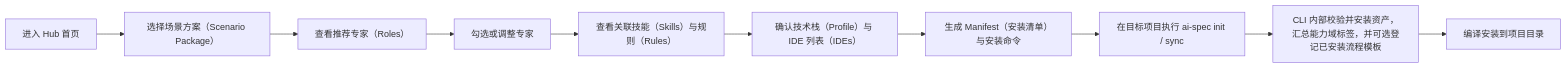
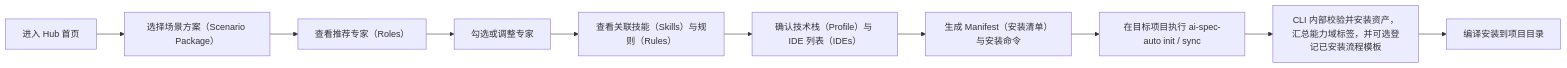
Before and after one commit to Colouful/br-ai-spec: the second of 3 diagrams in docs/paser_two/Hub平台融合与OpenClaw对接方案.md, drawn with Mermaid. The commit also changed other lines of this file and 92 other files, not shown here.

````diff
--- a/docs/paser_two/Hub平台融合与OpenClaw对接方案.md
+++ b/docs/paser_two/Hub平台融合与OpenClaw对接方案.md
@@ -360,12 +360,12 @@
 ```mermaid
 flowchart LR
     A["进入 Hub 首页"] --> B["选择场景方案（Scenario Package）"]
     B --> C["查看推荐专家（Roles）"]
     C --> D["勾选或调整专家"]
     D --> E["查看关联技能（Skills）与规则（Rules）"]
     E --> F["确认技术栈（Profile）与 IDE 列表（IDEs）"]
     F --> G["生成 Manifest（安装清单）与安装命令"]
-    G --> H["在目标项目执行 ai-spec init / sync"]
+    G --> H["在目标项目执行 ai-spec-auto init / sync"]
     H --> I["CLI 内部校验并安装资产，汇总能力域标签，并可选登记已安装流程模板"]
     I --> J["编译安装到项目目录"]
 ```
````
